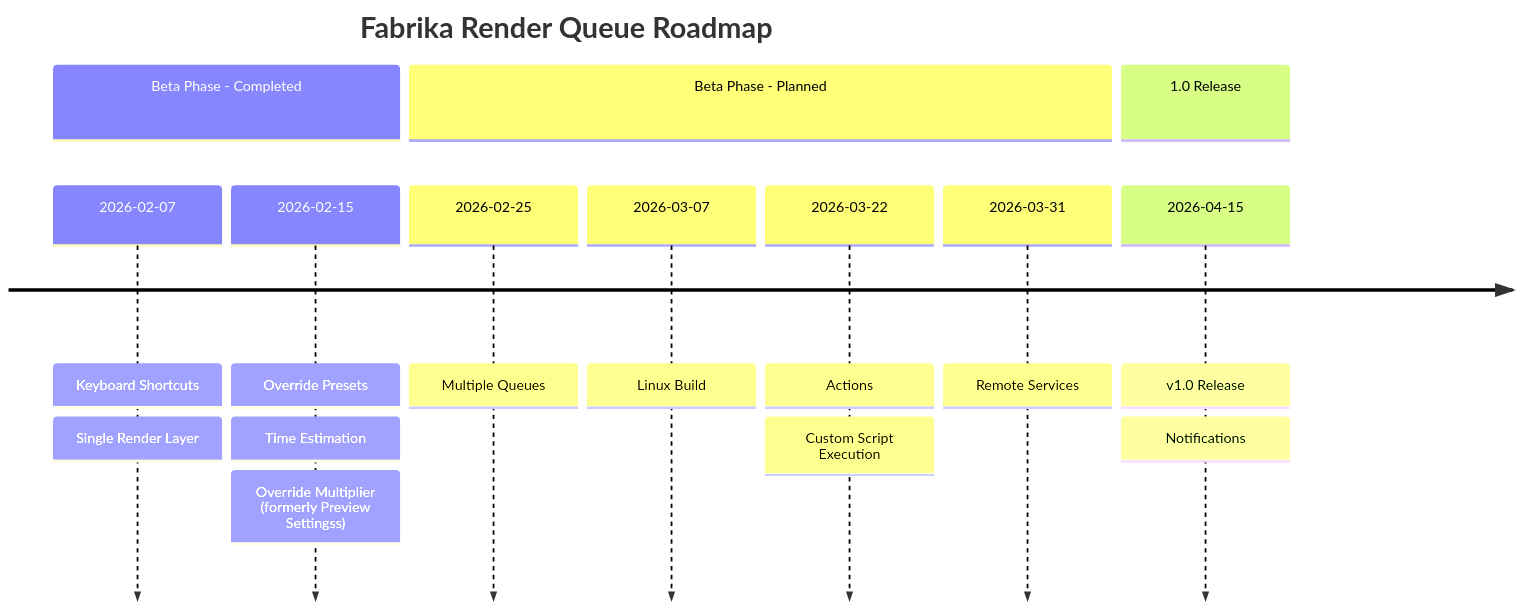
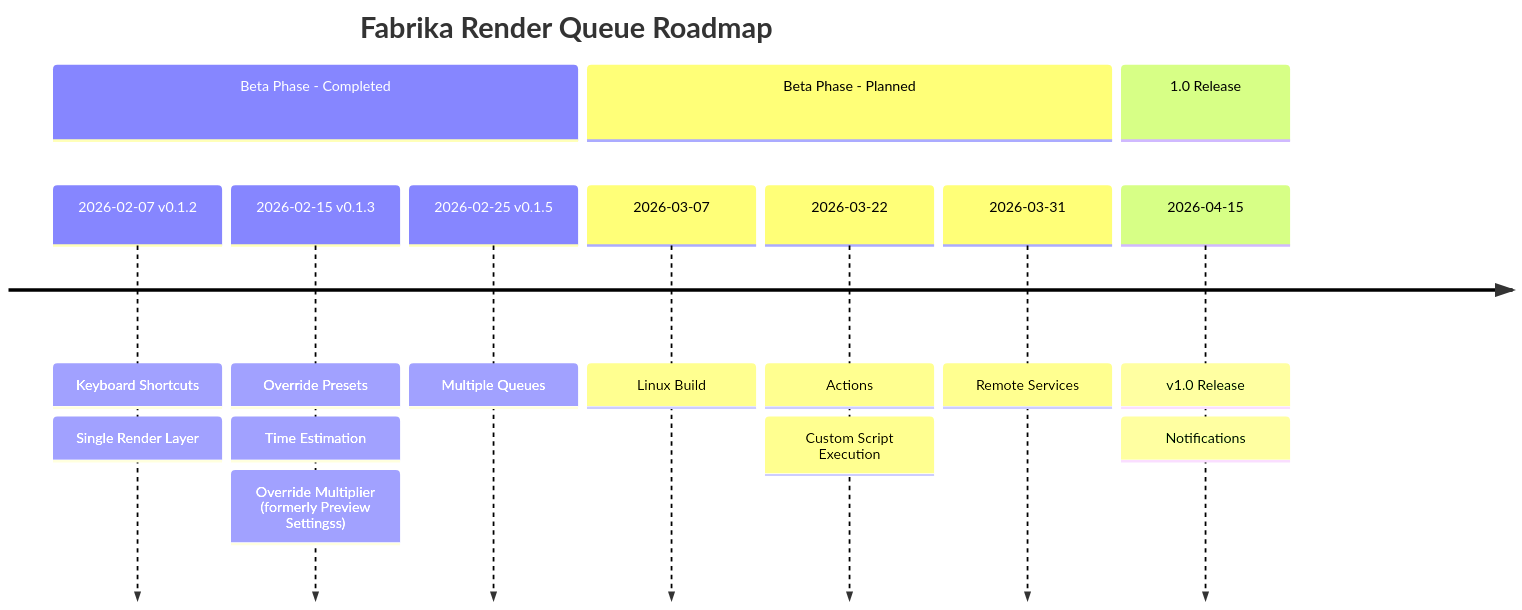
The diagram in docs/roadmap.md (jonathan-jesus/fabrika-queue-docs), drawn with Mermaid before and after one commit.

Commit message:
Updated roadmap

````diff
--- a/docs/roadmap.md
+++ b/docs/roadmap.md
@@ -13,14 +13,14 @@
 ```mermaid
 timeline
     title Fabrika Render Queue Roadmap
     section Beta Phase - Completed
-        2026-02-07 : Keyboard Shortcuts : Single Render Layer
-        2026-02-15 : Override Presets : Time Estimation : Override Multiplier (formerly Preview Settingss)
+        2026-02-07 v0.1.2 : Keyboard Shortcuts : Single Render Layer
+        2026-02-15 v0.1.3 : Override Presets : Time Estimation : Override Multiplier (formerly Preview Settingss)
+        2026-02-25 v0.1.5 : Multiple Queues
     section Beta Phase - Planned
-        2026-02-25 : Multiple Queues
         2026-03-07 : Linux Build
         2026-03-22 : Actions : Custom Script Execution
         2026-03-31 : Remote Services
     section 1.0 Release
         2026-04-15 : v1.0 Release : Notifications
 ```
````
